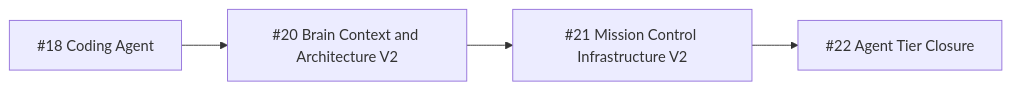
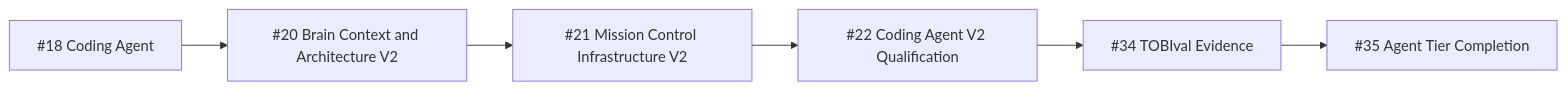
The fourth of 5 diagrams in docs/03_ROADMAP.md (binhvu284/tobi), drawn with Mermaid before and after one commit. The commit also changed other lines of this file and 3 other files, not shown here.

Commit message:
docs(queue): add agent tier completion plan

````diff
--- a/docs/03_ROADMAP.md
+++ b/docs/03_ROADMAP.md
@@ -109,6 +113,8 @@
 ```mermaid
 flowchart LR
   A["#18 Coding Agent"] --> B["#20 Brain Context and Architecture V2"]
   B --> C["#21 Mission Control Infrastructure V2"]
-  C --> D["#22 Agent Tier Closure"]
+  C --> D["#22 Coding Agent V2 Qualification"]
+  D --> E["#34 TOBIval Evidence"]
+  E --> F["#35 Agent Tier Completion"]
 ```
````
